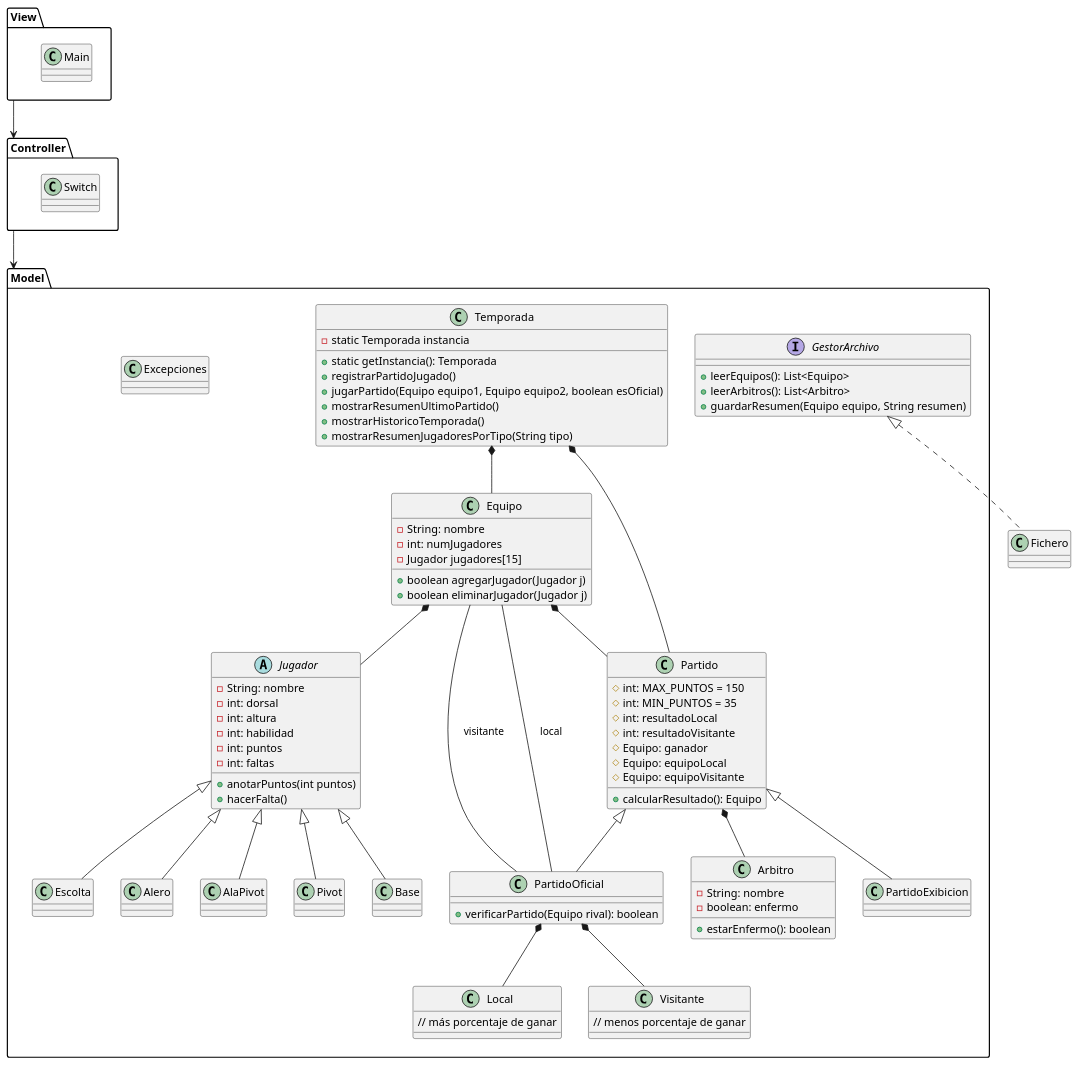
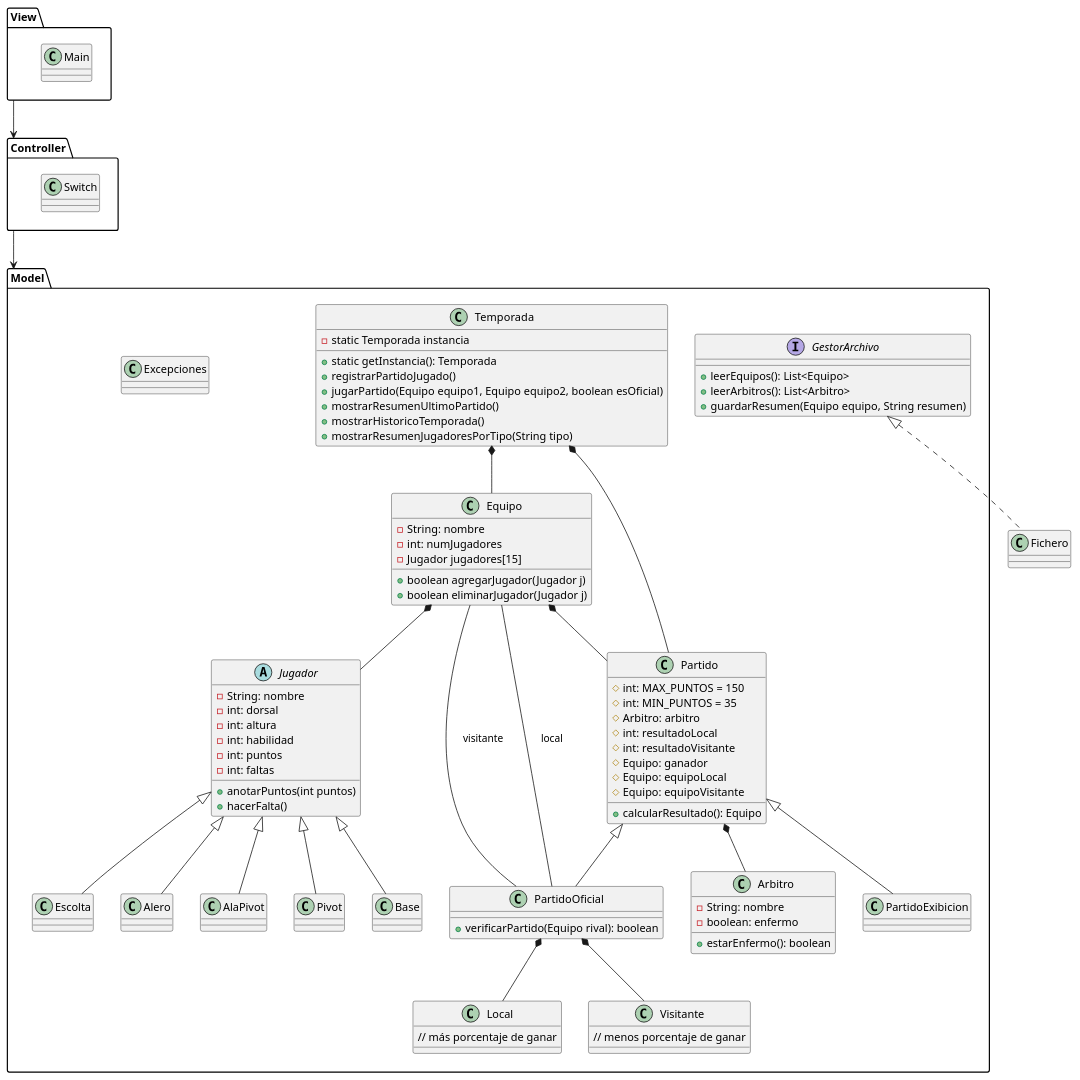
Before and after one commit to Jorgge22/Practica_3Evaluacion: the diagram in practica/disenyo/disenyo.pu, drawn with PlantUML. The commit also changed 10 other files, not shown here.

```diff
--- a/practica/disenyo/disenyo.pu
+++ b/practica/disenyo/disenyo.pu
@@ -1,125 +1,126 @@
 @startuml basket
 top to bottom direction
 
 package Model{
     class Equipo {
         -String: nombre
         -int: numJugadores
         -Jugador jugadores[15]
         +boolean agregarJugador(Jugador j)
         +boolean eliminarJugador(Jugador j)
     }
 
     abstract class Jugador {
         -String: nombre
         -int: dorsal
         -int: altura
         -int: habilidad
         -int: puntos
         -int: faltas
         +anotarPuntos(int puntos)
         +hacerFalta()
     }
 
     class Base {
     }
 
     class Escolta {
     }
 
     class Alero {
     }
 
     class AlaPivot {
     }
 
     class Pivot {
     }
 
     class Partido {
         #int: MAX_PUNTOS = 150
         #int: MIN_PUNTOS = 35
+        #Arbitro: arbitro
         #int: resultadoLocal
         #int: resultadoVisitante
         #Equipo: ganador
         #Equipo: equipoLocal
         #Equipo: equipoVisitante
         +calcularResultado(): Equipo
     }
 
     class PartidoExibicion {
     }
 
     class PartidoOficial {
         +verificarPartido(Equipo rival): boolean
     }
 
     class Local {
         // más porcentaje de ganar
     }
 
     class Visitante {
         // menos porcentaje de ganar
     }
 
     class Arbitro {
         -String: nombre
         -boolean: enfermo
         +estarEnfermo(): boolean
     }
 
     interface GestorArchivo {
         +leerEquipos(): List<Equipo>
         +leerArbitros(): List<Arbitro>
         +guardarResumen(Equipo equipo, String resumen)
     }
 
     class Temporada {
         -static Temporada instancia
         +static getInstancia(): Temporada
         +registrarPartidoJugado()
         +jugarPartido(Equipo equipo1, Equipo equipo2, boolean esOficial)
         +mostrarResumenUltimoPartido()
         +mostrarHistoricoTemporada()
         +mostrarResumenJugadoresPorTipo(String tipo)
     }
 
     class Excepciones{
     }
 }
 
 package View{
     class Main{}
 }
 
 package Controller{
     class Switch{}
 }
 
 Temporada *-- Partido
 Temporada *-- Equipo
 
 Equipo *-- Jugador
 Equipo *-- Partido
 
 Jugador <|-- Base
 Jugador <|-- Escolta
 Jugador <|-- Alero
 Jugador <|-- AlaPivot
 Jugador <|-- Pivot
 
 Partido *-- Arbitro
 Partido <|-- PartidoOficial
 Partido <|-- PartidoExibicion
 
 PartidoOficial *-- Local
 PartidoOficial *-- Visitante
 PartidoOficial -- Equipo : local
 PartidoOficial -- Equipo : visitante
 
 GestorArchivo <|.. Fichero
 
 View --> Controller
 Controller --> Model
 
 @enduml
```
